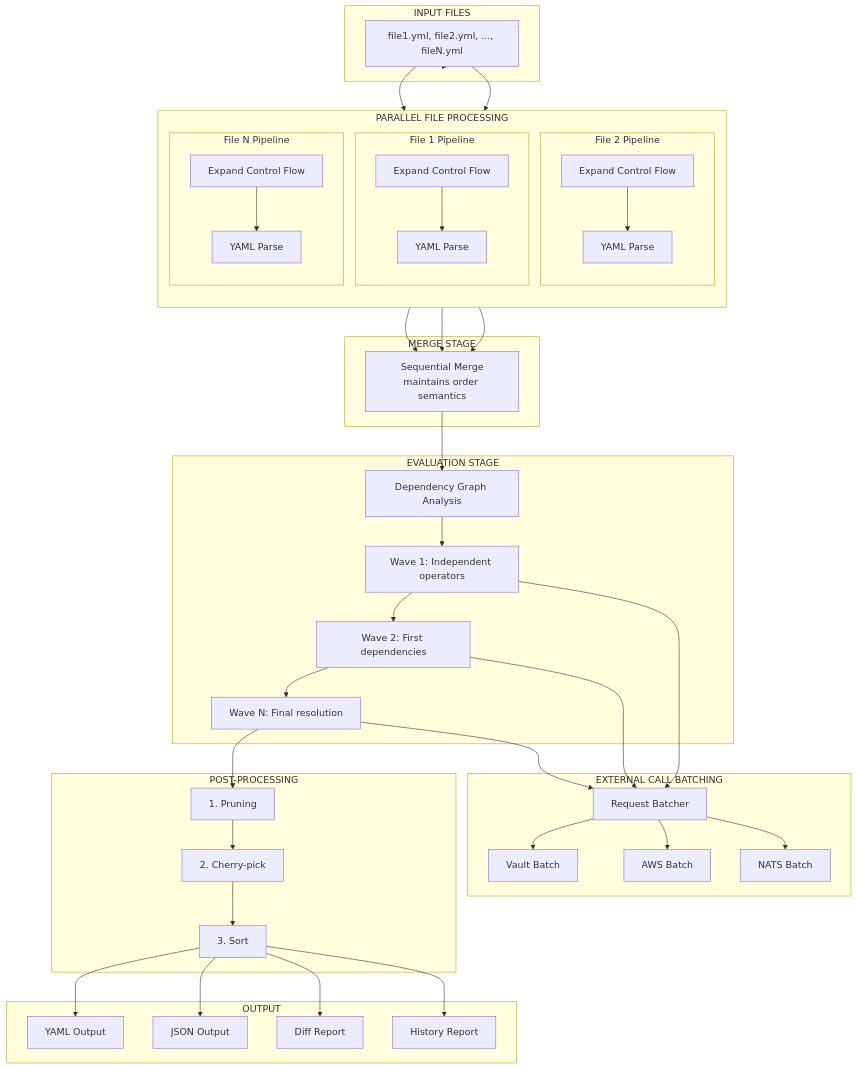
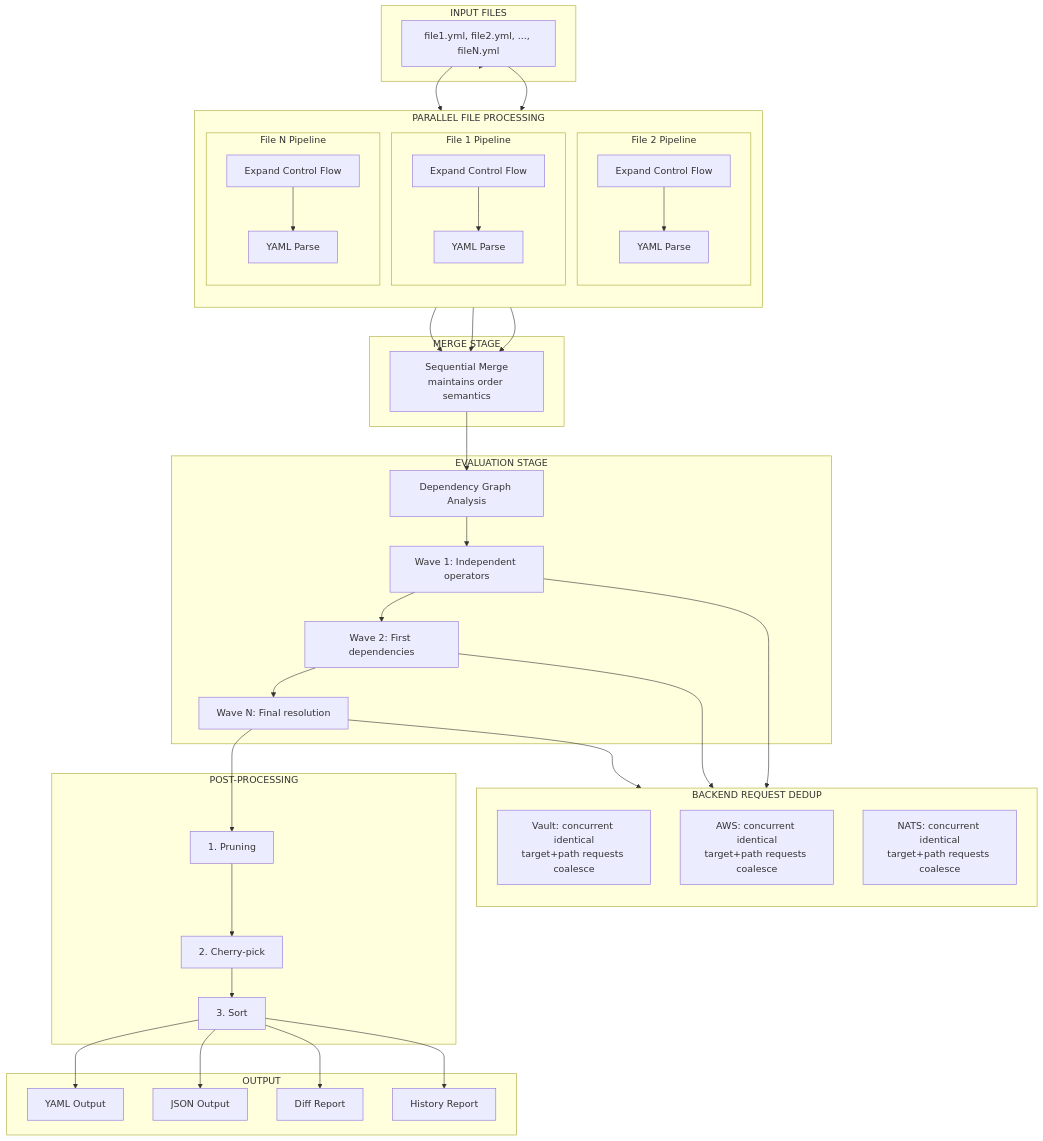
One commit to fivetwenty-io/graft changed the first of 2 diagrams in docs/architecture/pipeline.md. Above: the diagram before and after it, drawn with Mermaid. The commit also changed other lines of this file and 15 other files, not shown here.

````diff
--- a/docs/architecture/pipeline.md
+++ b/docs/architecture/pipeline.md
@@ -13,71 +13,68 @@
 ```mermaid
 flowchart TB
     subgraph INPUT["INPUT FILES"]
         FILES["file1.yml, file2.yml, ..., fileN.yml"]
     end
 
     subgraph PARALLEL_FILE["PARALLEL FILE PROCESSING"]
         direction TB
 
         subgraph FILE1["File 1 Pipeline"]
             PS1[Expand Control Flow]
             YP1[YAML Parse]
             PS1 --> YP1
         end
 
         subgraph FILE2["File 2 Pipeline"]
             PS2[Expand Control Flow]
             YP2[YAML Parse]
             PS2 --> YP2
         end
 
         subgraph FILEN["File N Pipeline"]
             PSN[Expand Control Flow]
             YPN[YAML Parse]
             PSN --> YPN
         end
     end
 
     subgraph MERGE["MERGE STAGE"]
         COMBINE[Sequential Merge<br/>maintains order semantics]
     end
 
     subgraph EVAL["EVALUATION STAGE"]
         DEPGRAPH["Dependency Graph Analysis"]
         WAVE1["Wave 1: Independent operators"]
         WAVE2["Wave 2: First dependencies"]
         WAVEN["Wave N: Final resolution"]
         DEPGRAPH --> WAVE1 --> WAVE2 --> WAVEN
     end
 
-    subgraph BATCH["EXTERNAL CALL BATCHING"]
-        BATCHER[Request Batcher]
-        VAULT_B[Vault Batch]
-        AWS_B[AWS Batch]
-        NATS_B[NATS Batch]
-        BATCHER --> VAULT_B
-        BATCHER --> AWS_B
-        BATCHER --> NATS_B
+    subgraph DEDUP["BACKEND REQUEST DEDUP"]
+        direction TB
+        VAULT_D["Vault: concurrent identical<br/>target+path requests coalesce"]
+        AWS_D["AWS: concurrent identical<br/>target+path requests coalesce"]
+        NATS_D["NATS: concurrent identical<br/>target+path requests coalesce"]
     end
 
     subgraph POST["POST-PROCESSING"]
         PRUNE[1. Pruning]
         CHERRY[2. Cherry-pick]
         SORT[3. Sort]
         PRUNE --> CHERRY --> SORT
     end
 
     subgraph OUTPUT["OUTPUT"]
         YAML_OUT[YAML Output]
         JSON_OUT[JSON Output]
         DIFF_OUT[Diff Report]
         HIST_OUT[History Report]
     end
 
     FILES --> FILE1 & FILE2 & FILEN
     YP1 & YP2 & YPN --> COMBINE
     COMBINE --> DEPGRAPH
-    WAVE1 & WAVE2 & WAVEN --> BATCHER
+    WAVE1 & WAVE2 & WAVEN --> DEDUP
     WAVEN --> PRUNE
     SORT --> YAML_OUT & JSON_OUT & DIFF_OUT & HIST_OUT
 ```
````
